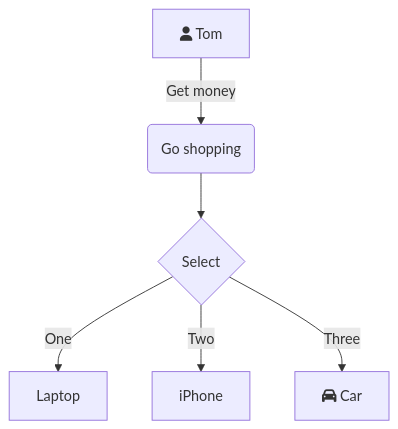
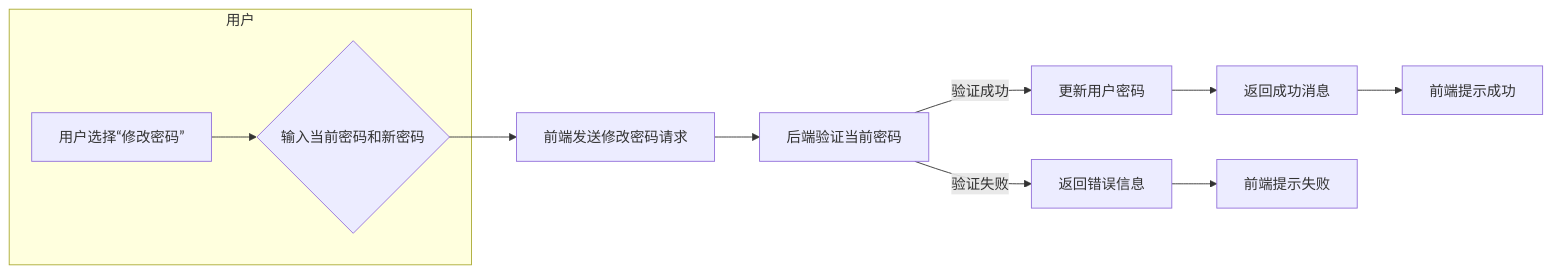
Before and after one commit to qianlong520/iodraw-files: the diagram in all/未命名-2.md, drawn with Mermaid.

Commit message:
2024-11-04 13:47:50 update

````diff
--- a/all/未命名-2.md
+++ b/all/未命名-2.md
@@ -1,8 +1,13 @@
 ```mermaid
-graph TD
-    A[fa:fa-user Tom] -->|Get money| B(Go shopping)
-    B --> C{Select}
-    C -->|One| D[Laptop]
-    C -->|Two| E[iPhone]
-    C -->|Three| F[fa:fa-car Car]
+graph LR
+    subgraph 用户
+        A[用户选择“修改密码”] --> B{输入当前密码和新密码}
+    end
+    B --> C[前端发送修改密码请求]
+    C --> D[后端验证当前密码]
+    D -- 验证成功 --> E[更新用户密码]
+    E --> F[返回成功消息]
+    F --> G[前端提示成功]
+    D -- 验证失败 --> H[返回错误信息]
+    H --> I[前端提示失败]
 ```
````
